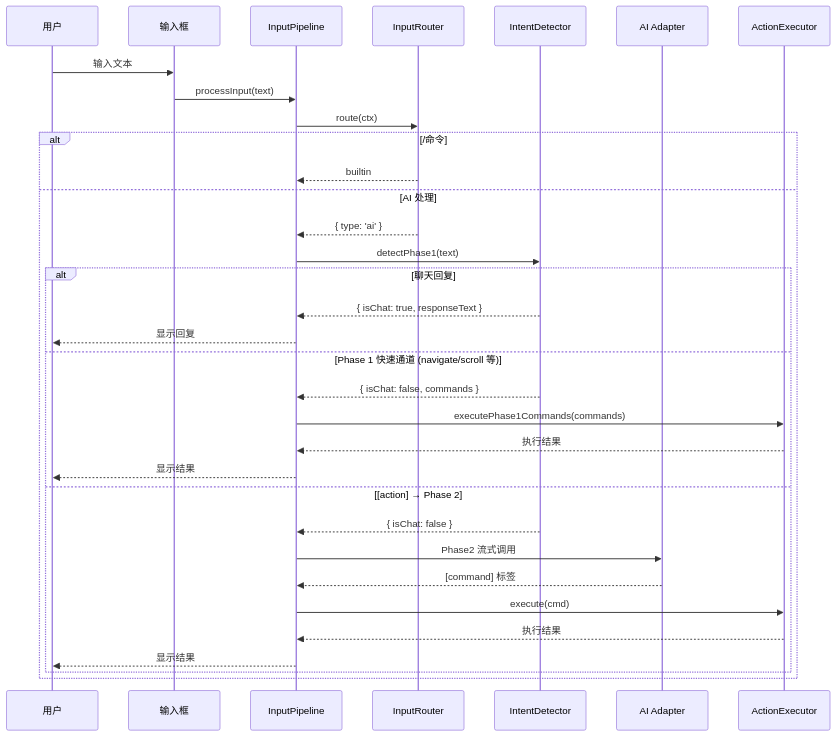
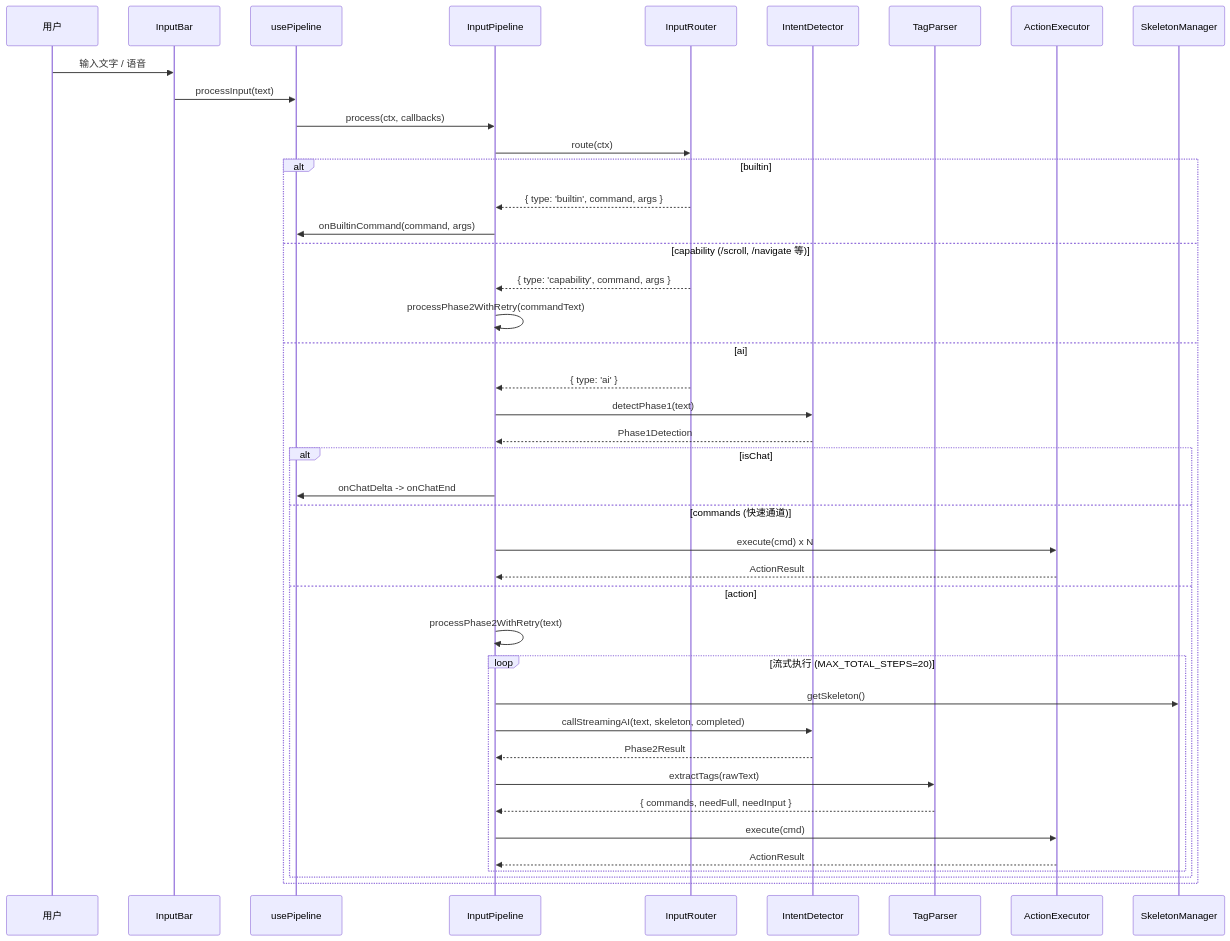
Before and after one commit to zw123zw/ai-browser: the second of 3 diagrams in docs/architecture/README.md, drawn with Mermaid. The commit also changed other lines of this file and 42 other files, not shown here.

````diff
--- a/docs/architecture/README.md
+++ b/docs/architecture/README.md
@@ -140,38 +128,47 @@
 ```mermaid
 sequenceDiagram
-    participant User as 用户
-    participant InputBar as 输入框
-    participant Pipeline as InputPipeline
-    participant Router as InputRouter
-    participant Detector as IntentDetector
-    participant AI as AI Adapter
-    participant Executor as ActionExecutor
+    participant U as 用户
+    participant IB as InputBar
+    participant UP as usePipeline
+    participant IP as InputPipeline
+    participant IR as InputRouter
+    participant ID as IntentDetector
+    participant TP as TagParser
+    participant AE as ActionExecutor
+    participant SM as SkeletonManager
 
-    User->>InputBar: 输入文本
-    InputBar->>Pipeline: processInput(text)
-    Pipeline->>Router: route(ctx)
+    U->>IB: 输入文字 / 语音
+    IB->>UP: processInput(text)
+    UP->>IP: process(ctx, callbacks)
 
-    alt /命令
-        Router-->>Pipeline: builtin
-    else AI 处理
-        Router-->>Pipeline: { type: 'ai' }
-        Pipeline->>Detector: detectPhase1(text)
+    IP->>IR: route(ctx)
+    alt builtin
+        IR-->>IP: { type: 'builtin', command, args }
+        IP->>UP: onBuiltinCommand(command, args)
+    else capability (/scroll, /navigate 等)
+        IR-->>IP: { type: 'capability', command, args }
+        IP->>IP: processPhase2WithRetry(commandText)
+    else ai
+        IR-->>IP: { type: 'ai' }
+        IP->>ID: detectPhase1(text)
+        ID-->>IP: Phase1Detection
 
-        alt 聊天回复
-            Detector-->>Pipeline: { isChat: true, responseText }
-            Pipeline-->>User: 显示回复
-        else Phase 1 快速通道 (navigate/scroll 等)
-            Detector-->>Pipeline: { isChat: false, commands }
-            Pipeline->>Executor: executePhase1Commands(commands)
-            Executor-->>Pipeline: 执行结果
-            Pipeline-->>User: 显示结果
-        else [action] → Phase 2
-            Detector-->>Pipeline: { isChat: false }
-            Pipeline->>AI: Phase2 流式调用
-            AI-->>Pipeline: [command] 标签
-            Pipeline->>Executor: execute(cmd)
-            Executor-->>Pipeline: 执行结果
-            Pipeline-->>User: 显示结果
+        alt isChat
+            IP->>UP: onChatDelta -> onChatEnd
+        else commands (快速通道)
+            IP->>AE: execute(cmd) x N
+            AE-->>IP: ActionResult
+        else action
+            IP->>IP: processPhase2WithRetry(text)
+            loop 流式执行 (MAX_TOTAL_STEPS=20)
+                IP->>SM: getSkeleton()
+                IP->>ID: callStreamingAI(text, skeleton, completed)
+                ID-->>IP: Phase2Result
+                IP->>TP: extractTags(rawText)
+                TP-->>IP: { commands, needFull, needInput }
+                IP->>AE: execute(cmd)
+                AE-->>IP: ActionResult
+            end
         end
     end
 ```
````
